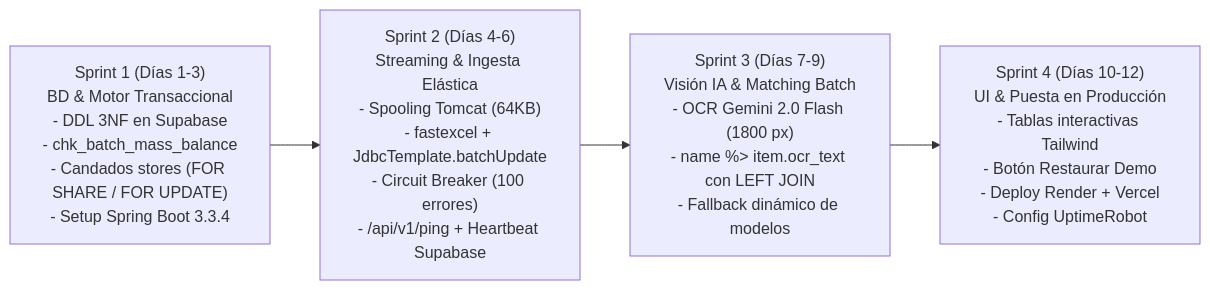
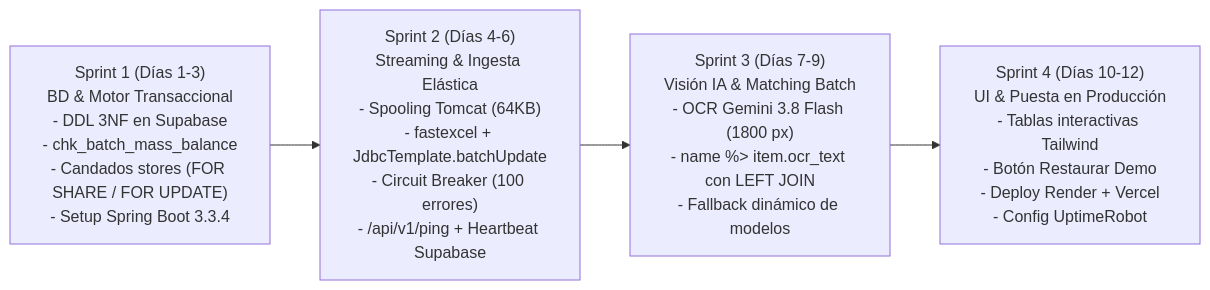
Before and after one commit to MrOdar/kardo: the second of 2 diagrams in docs/ARCHITECTURE_SPEC.md, drawn with Mermaid. The commit also changed other lines of this file and 32 other files, not shown here.

Commit message:
feat(vision): integrar Gemini 2.0 Flash (1800px bicubico), matching de SKUs con pg_trgm y conciliacion de guias

````diff
--- a/docs/ARCHITECTURE_SPEC.md
+++ b/docs/ARCHITECTURE_SPEC.md
@@ -157,7 +168,7 @@
 ```mermaid
 flowchart LR
     Sprint1["Sprint 1 (Días 1-3)\nBD & Motor Transaccional\n- DDL 3NF en Supabase\n- chk_batch_mass_balance\n- Candados stores (FOR SHARE / FOR UPDATE)\n- Setup Spring Boot 3.3.4"] 
     --> Sprint2["Sprint 2 (Días 4-6)\nStreaming & Ingesta Elástica\n- Spooling Tomcat (64KB)\n- fastexcel + JdbcTemplate.batchUpdate\n- Circuit Breaker (100 errores)\n- /api/v1/ping + Heartbeat Supabase"]
-    --> Sprint3["Sprint 3 (Días 7-9)\nVisión IA & Matching Batch\n- OCR Gemini 2.0 Flash (1800 px)\n- name %> item.ocr_text con LEFT JOIN\n- Fallback dinámico de modelos"]
+    --> Sprint3["Sprint 3 (Días 7-9)\nVisión IA & Matching Batch\n- OCR Gemini 3.8 Flash (1800 px)\n- name %> item.ocr_text con LEFT JOIN\n- Fallback dinámico de modelos"]
     --> Sprint4["Sprint 4 (Días 10-12)\nUI & Puesta en Producción\n- Tablas interactivas Tailwind\n- Botón Restaurar Demo\n- Deploy Render + Vercel\n- Config UptimeRobot"]
 ```
````
